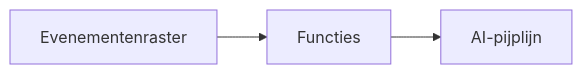
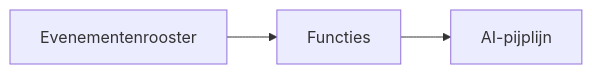
Before and after one commit to microsoft/AZD-for-beginners: the second of 2 diagrams in translations/nl/docs/chapter-08-production/README.md, drawn with Mermaid. The commit also changed other lines of this file and 104 other files, not shown here.

````diff
--- a/translations/nl/docs/chapter-08-production/README.md
+++ b/translations/nl/docs/chapter-08-production/README.md
@@ -56,4 +57,4 @@
 ```mermaid
 graph LR
-    EventGrid[Evenementenraster] --> Functions[Functies] --> Pipeline[AI-pijplijn]
+    EventGrid[Evenementenrooster] --> Functions[Functies] --> Pipeline[AI-pijplijn]
 ```
````
